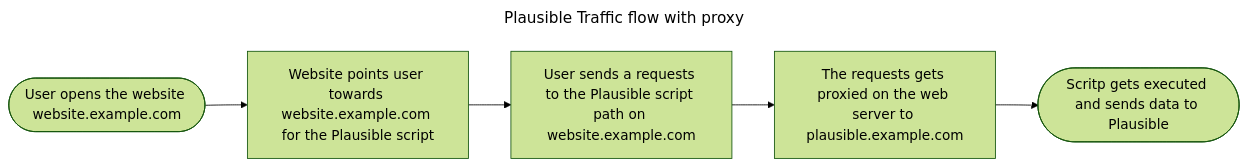
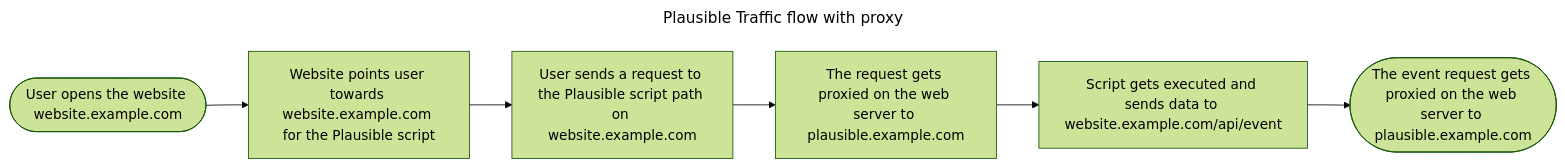
The second of 2 diagrams in docs/services/plausible/plausible_setup.md (PhilT95/athenlyx), drawn with Mermaid (forest theme) before and after one commit. The commit also changed other lines of this file and 3 other files, not shown here.

````diff
--- a/docs/services/plausible/plausible_setup.md
+++ b/docs/services/plausible/plausible_setup.md
@@ -159,10 +159,11 @@
 ```mermaid
 ---
 title: Plausible Traffic flow with proxy
 ---
 graph LR
-A([User opens the website website.example.com]) --> B[Website points user towards website.example.com for the Plausible script];
-B --> C[User sends a requests to the Plausible script path on website.example.com];
-C --> D[The requests gets proxied on the web server to plausible.example.com]
-D --> E([Scritp gets executed and sends data to Plausible])
+A([User opens the website website.example.com]) --> B[Website points user towards website.example.com for the Plausible script]
+B --> C[User sends a request to the Plausible script path on website.example.com]
+C --> D[The request gets proxied on the web server to plausible.example.com]
+D --> E[Script gets executed and sends data to website.example.com/api/event]
+E --> F([The event request gets proxied on the web server to plausible.example.com])
 ```
````
